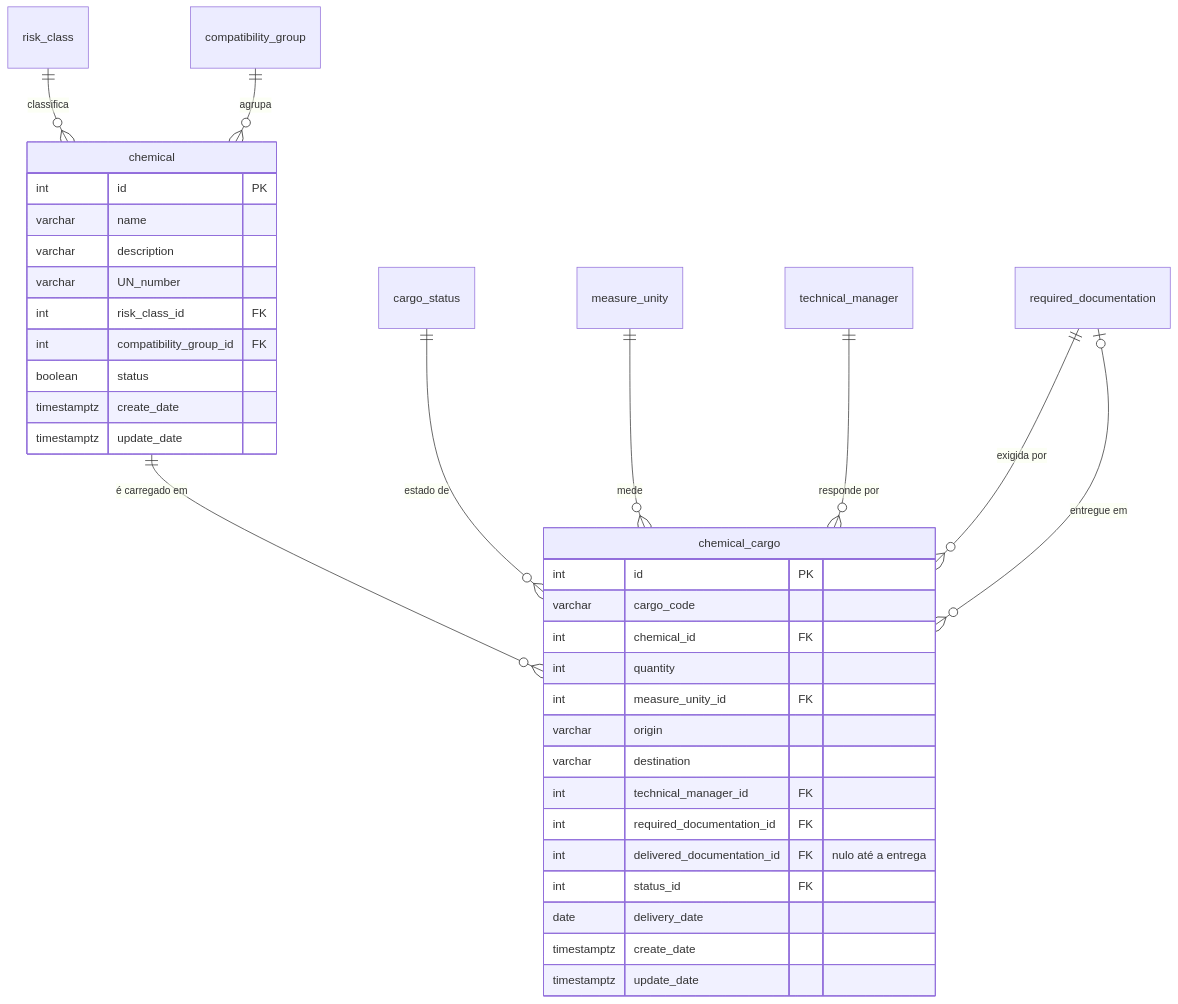
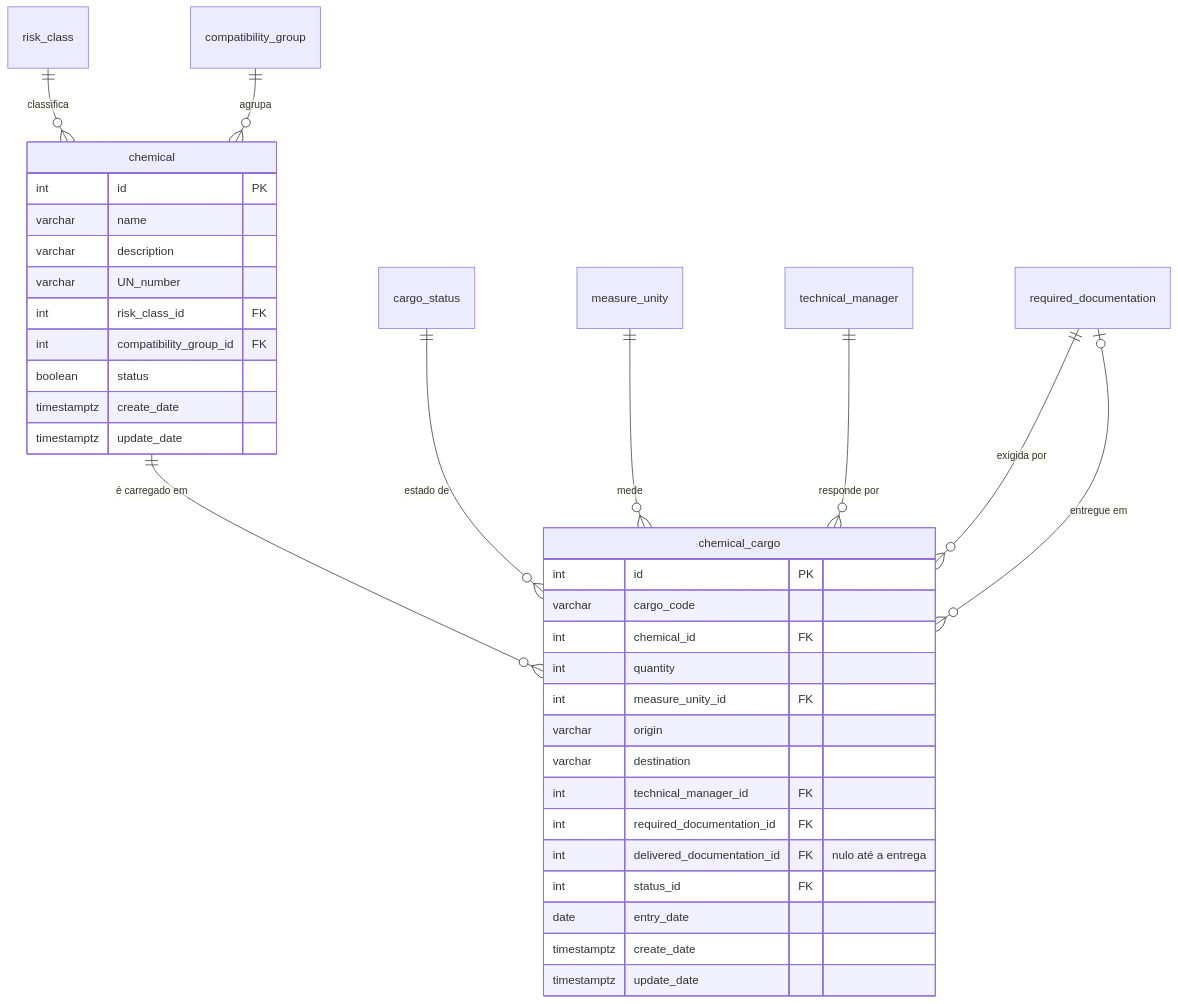
Before and after one commit to BugHunt3rs/API: the second of 2 diagrams in README.md, drawn with Mermaid. The commit also changed other lines of this file and 7 other files, not shown here.

Commit message:
fix: rename cargo delivery_date to entry_date

````diff
--- a/README.md
+++ b/README.md
@@ -360,39 +360,39 @@
 ```mermaid
 erDiagram
     risk_class ||--o{ chemical : classifica
     compatibility_group ||--o{ chemical : agrupa
     chemical ||--o{ chemical_cargo : "é carregado em"
     cargo_status ||--o{ chemical_cargo : "estado de"
     measure_unity ||--o{ chemical_cargo : "mede"
     technical_manager ||--o{ chemical_cargo : "responde por"
     required_documentation ||--o{ chemical_cargo : "exigida por"
     required_documentation |o--o{ chemical_cargo : "entregue em"
 
     chemical {
         int id PK
         varchar name
         varchar description
         varchar UN_number
         int risk_class_id FK
         int compatibility_group_id FK
         boolean status
         timestamptz create_date
         timestamptz update_date
     }
     chemical_cargo {
         int id PK
         varchar cargo_code
         int chemical_id FK
         int quantity
         int measure_unity_id FK
         varchar origin
         varchar destination
         int technical_manager_id FK
         int required_documentation_id FK
         int delivered_documentation_id FK "nulo até a entrega"
         int status_id FK
-        date delivery_date
+        date entry_date
         timestamptz create_date
         timestamptz update_date
     }
 ```
````
